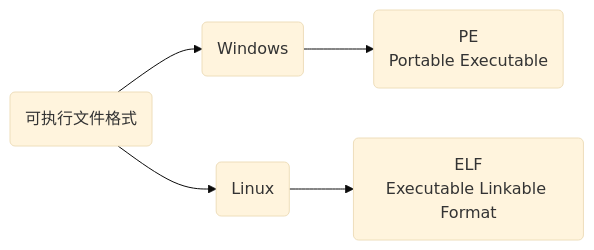
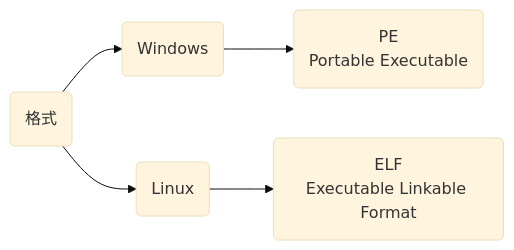
Before and after one commit to dmjcb/dmjcb.github.io: the fifth of 8 diagrams in _posts/language/c_c++/compile/2021-06-15-编译过程.md, drawn with Mermaid (base theme). The commit also changed other lines of this file and 19 other files, not shown here.

````diff
--- a/_posts/language/c_c++/compile/2021-06-15-编译过程.md
+++ b/_posts/language/c_c++/compile/2021-06-15-编译过程.md
@@ -560,6 +291,6 @@
 ```mermaid
 graph LR;
-    A(可执行文件格式)
-    A --> B(Windows) --> B1(PE<br>Portable Executable)
-    A --> C(Linux) --> C1(ELF<br>Executable Linkable Format)
+A(格式)
+A --> B(Windows) --> B1(PE<br>Portable Executable)
+A --> C(Linux) --> C1(ELF<br>Executable Linkable Format)
 ```
````
